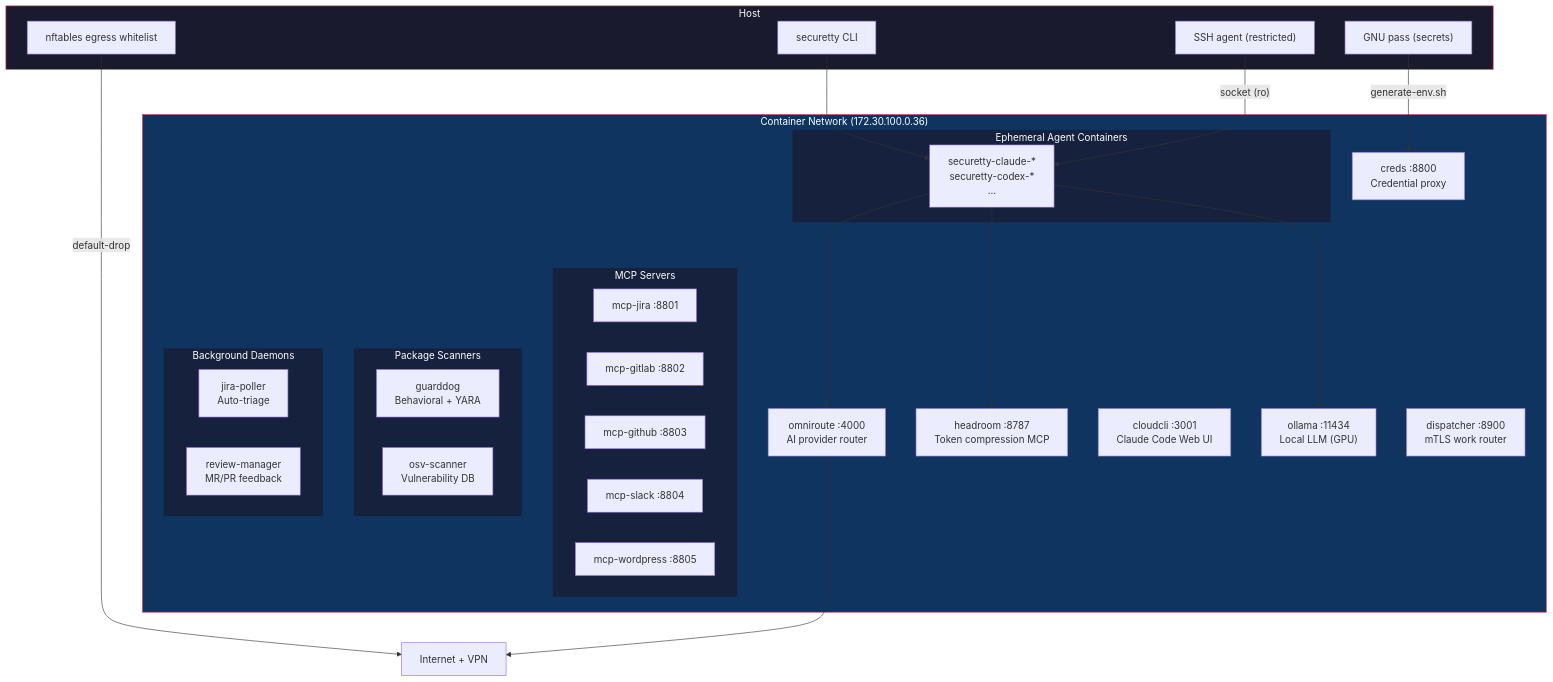
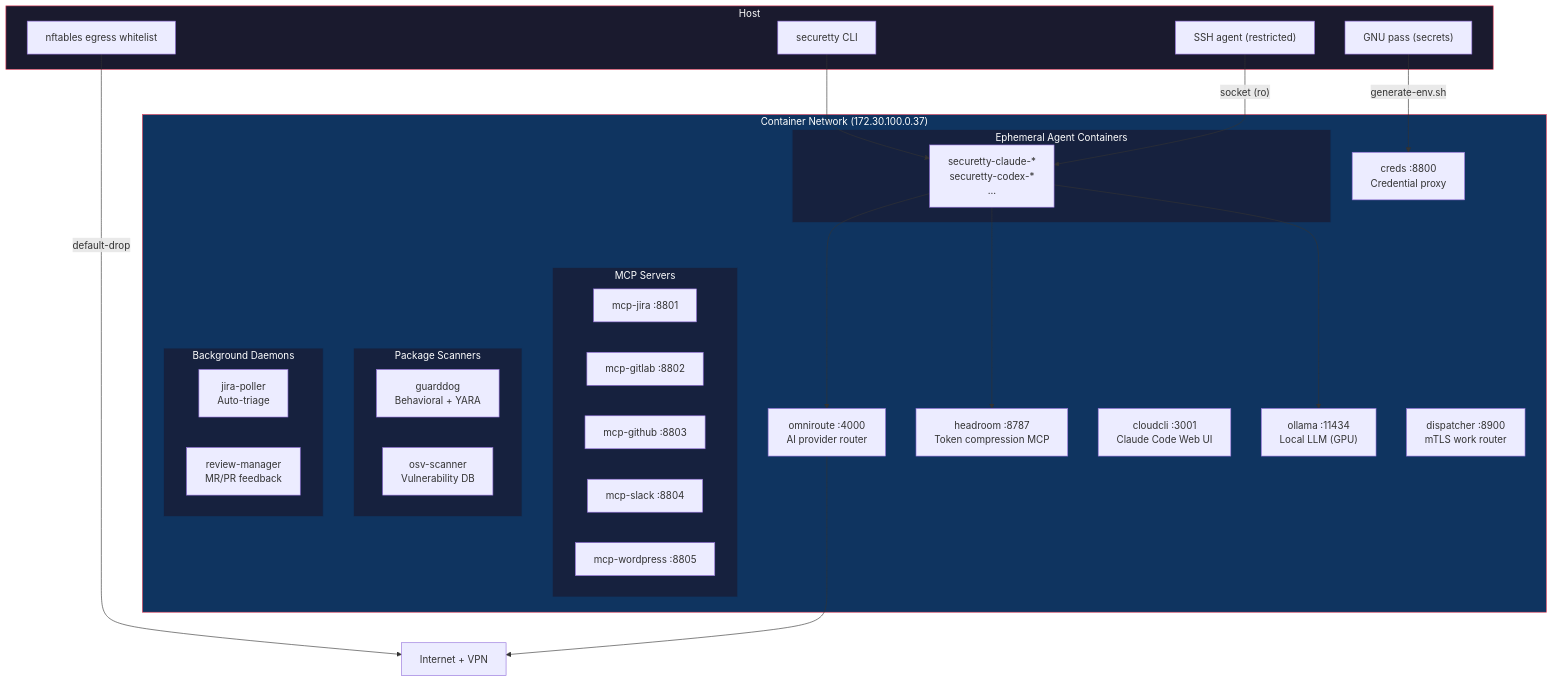
One commit to dmzoneill/securetty changed the first of 2 diagrams in README.md. Above: the diagram before and after it, drawn with Mermaid. The commit also changed 1 other file, not shown here.

Commit message:
chore: bump version to v0.0.37

````diff
--- a/README.md
+++ b/README.md
@@ -11,58 +11,58 @@
 ```mermaid
 graph TD
     Internet["Internet + VPN"]
 
     subgraph host["Host"]
         CLI["securetty CLI"]
         SSHAgent["SSH agent (restricted)"]
         Pass["GNU pass (secrets)"]
         Egress["nftables egress whitelist"]
     end
 
-    subgraph network["Container Network (172.30.100.0.36)"]
+    subgraph network["Container Network (172.30.100.0.37)"]
         OmniRoute["omniroute :4000\nAI provider router"]
         Headroom["headroom :8787\nToken compression MCP"]
         CloudCLI["cloudcli :3001\nClaude Code Web UI"]
         Ollama["ollama :11434\nLocal LLM (GPU)"]
         Creds["creds :8800\nCredential proxy"]
         Dispatcher["dispatcher :8900\nmTLS work router"]
 
         subgraph mcp["MCP Servers"]
             Jira["mcp-jira :8801"]
             GitLab["mcp-gitlab :8802"]
             GitHub["mcp-github :8803"]
             Slack["mcp-slack :8804"]
             WordPress["mcp-wordpress :8805"]
         end
 
         subgraph scanners["Package Scanners"]
             GuardDog["guarddog\nBehavioral + YARA"]
             OSV["osv-scanner\nVulnerability DB"]
         end
 
         subgraph agents["Ephemeral Agent Containers"]
             Dev["securetty-claude-*\nsecuretty-codex-*\n..."]
         end
 
         subgraph daemons["Background Daemons"]
             JiraPoller["jira-poller\nAuto-triage"]
             ReviewMgr["review-manager\nMR/PR feedback"]
         end
     end
 
     CLI --> Dev
     Pass -->|"generate-env.sh"| Creds
     SSHAgent -->|"socket (ro)"| Dev
     Egress -->|"default-drop"| Internet
     Dev --> OmniRoute
     Dev --> Headroom
     Dev --> Ollama
     OmniRoute --> Internet
 
     style network fill:#0f3460,stroke:#e94560,color:#fff
     style host fill:#1a1a2e,stroke:#e94560,color:#fff
     style mcp fill:#16213e,stroke:#0f3460,color:#fff
     style scanners fill:#16213e,stroke:#0f3460,color:#fff
     style agents fill:#16213e,stroke:#0f3460,color:#fff
     style daemons fill:#16213e,stroke:#0f3460,color:#fff
 ```
````
